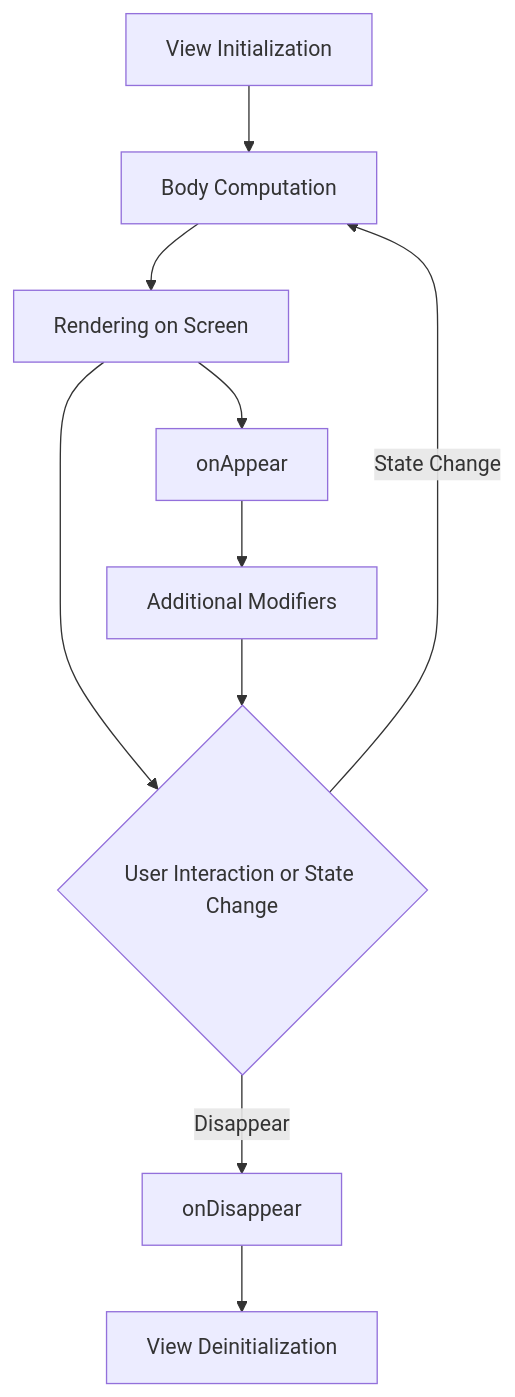
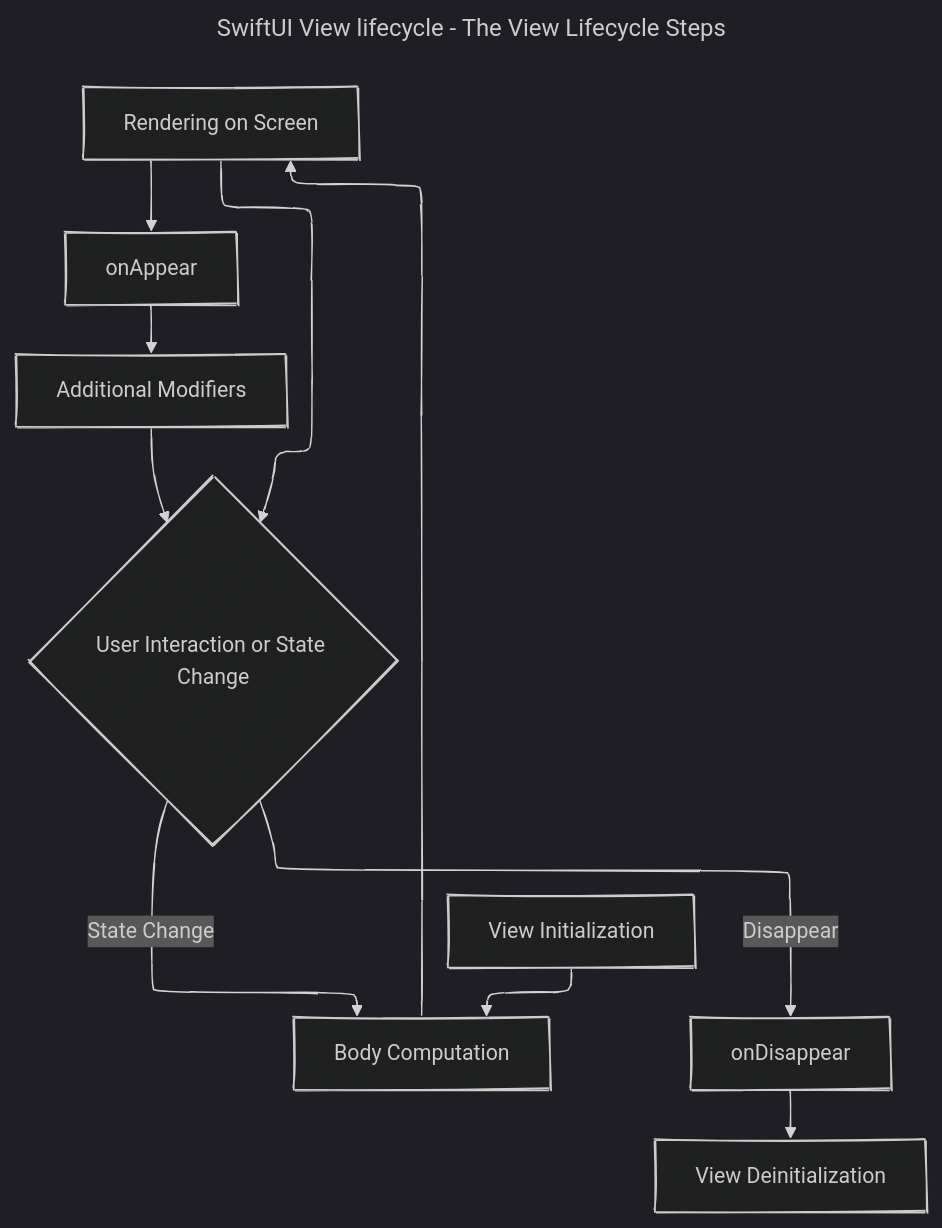
Before and after one commit to CongLeSolutionX/iOS-development-vault: the diagram in iOS_app_and_view_lifecycle/SwiftUI_View_Lifecycle-standalone_view.md, drawn with Mermaid. The commit also changed other lines of this file and 8 other files, not shown here.

````diff
--- a/iOS_app_and_view_lifecycle/SwiftUI_View_Lifecycle-standalone_view.md
+++ b/iOS_app_and_view_lifecycle/SwiftUI_View_Lifecycle-standalone_view.md
@@ -20,13 +20,20 @@
 ```mermaid
+---
+title: SwiftUI View lifecycle - The View Lifecycle Steps
+config:
+  layout: elk
+  look: handDrawn
+  theme: dark
+---
 flowchart TD
     A[View Initialization] --> B[Body Computation]
     B --> C[Rendering on Screen]
     C --> D{User Interaction or State Change}
     D -->|State Change| B
     D -->|Disappear| E[onDisappear]
     C --> F[onAppear]
     E --> G[View Deinitialization]
     F --> H[Additional Modifiers]
     H --> D
 
 ```
````
